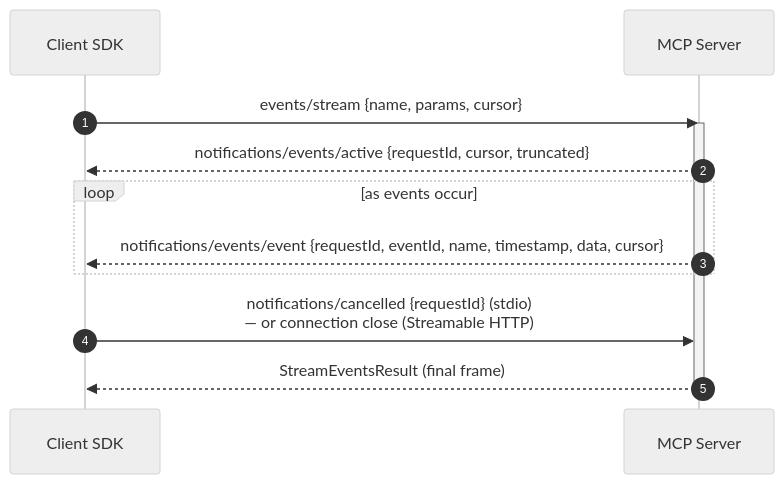
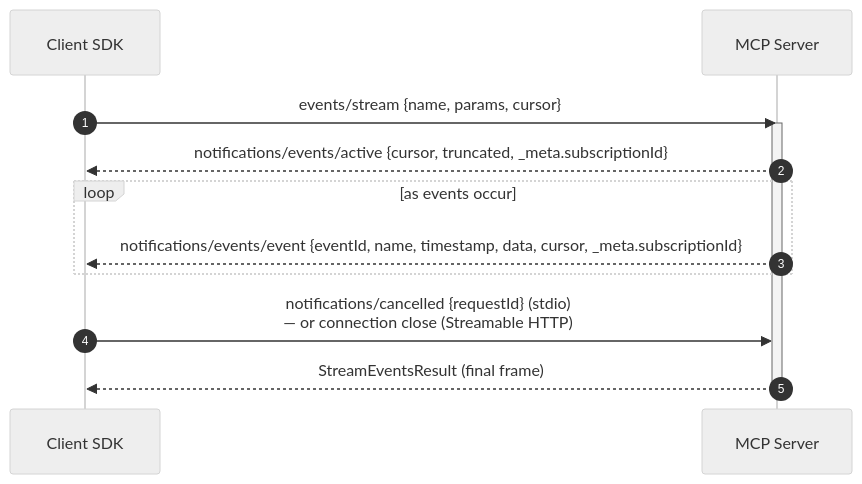
One commit to modelcontextprotocol/experimental-ext-triggers-events changed the second of 4 diagrams in docs/design-sketch-proposal.md. Above: the diagram before and after it, drawn with Mermaid (neutral theme). The commit also changed other lines of this file, not shown here.

````diff
--- a/docs/design-sketch-proposal.md
+++ b/docs/design-sketch-proposal.md
@@ -211,16 +211,16 @@
 ```mermaid
 sequenceDiagram
     autonumber
     participant SDK as Client SDK
     participant Server as MCP Server
 
     SDK->>Server: events/stream {name, params, cursor}
     activate Server
-    Server-->>SDK: notifications/events/active {requestId, cursor, truncated}
+    Server-->>SDK: notifications/events/active {cursor, truncated, _meta.subscriptionId}
     loop as events occur
-        Server-->>SDK: notifications/events/event {requestId, eventId, name, timestamp, data, cursor}
+        Server-->>SDK: notifications/events/event {eventId, name, timestamp, data, cursor, _meta.subscriptionId}
     end
     SDK->>Server: notifications/cancelled {requestId} (stdio)<br/>— or connection close (Streamable HTTP)
     Server-->>SDK: StreamEventsResult (final frame)
     deactivate Server
 ```
````
